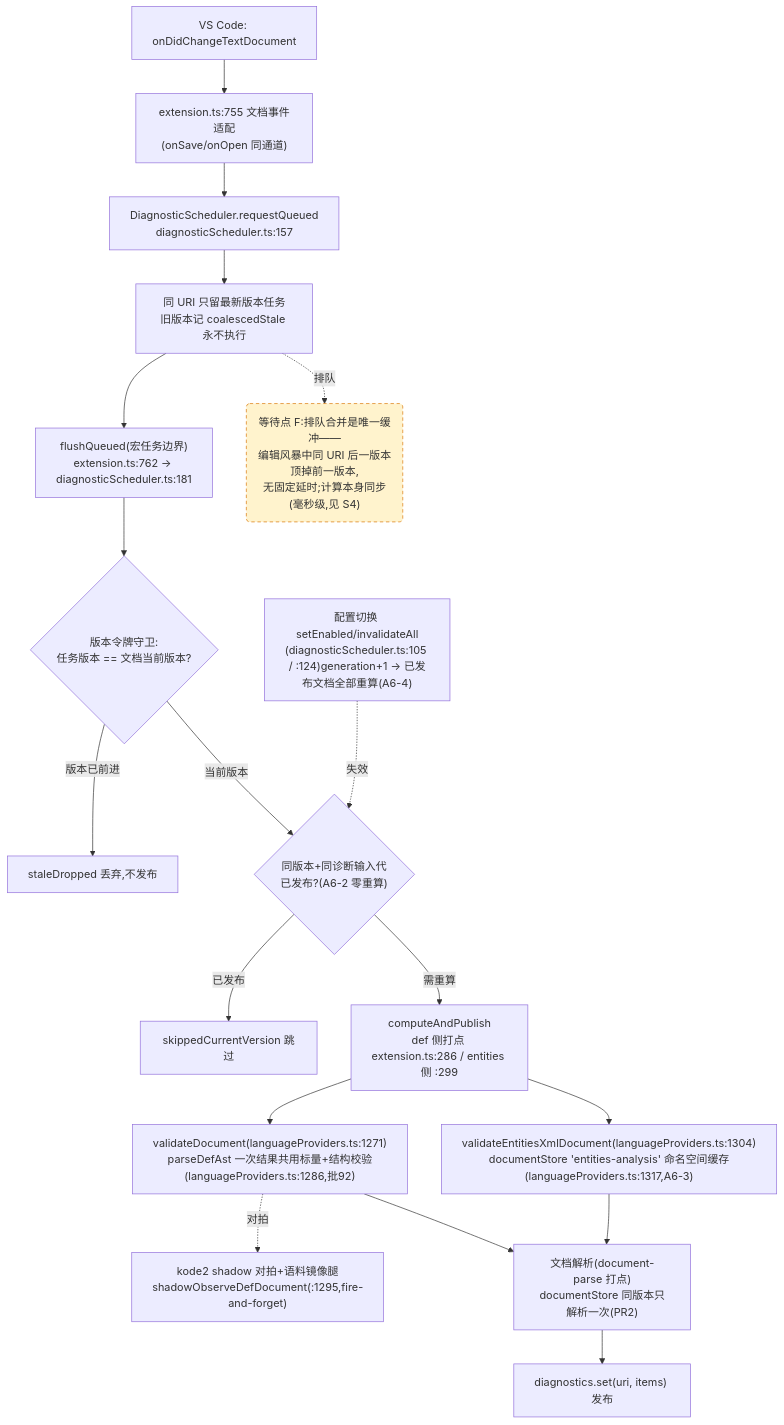
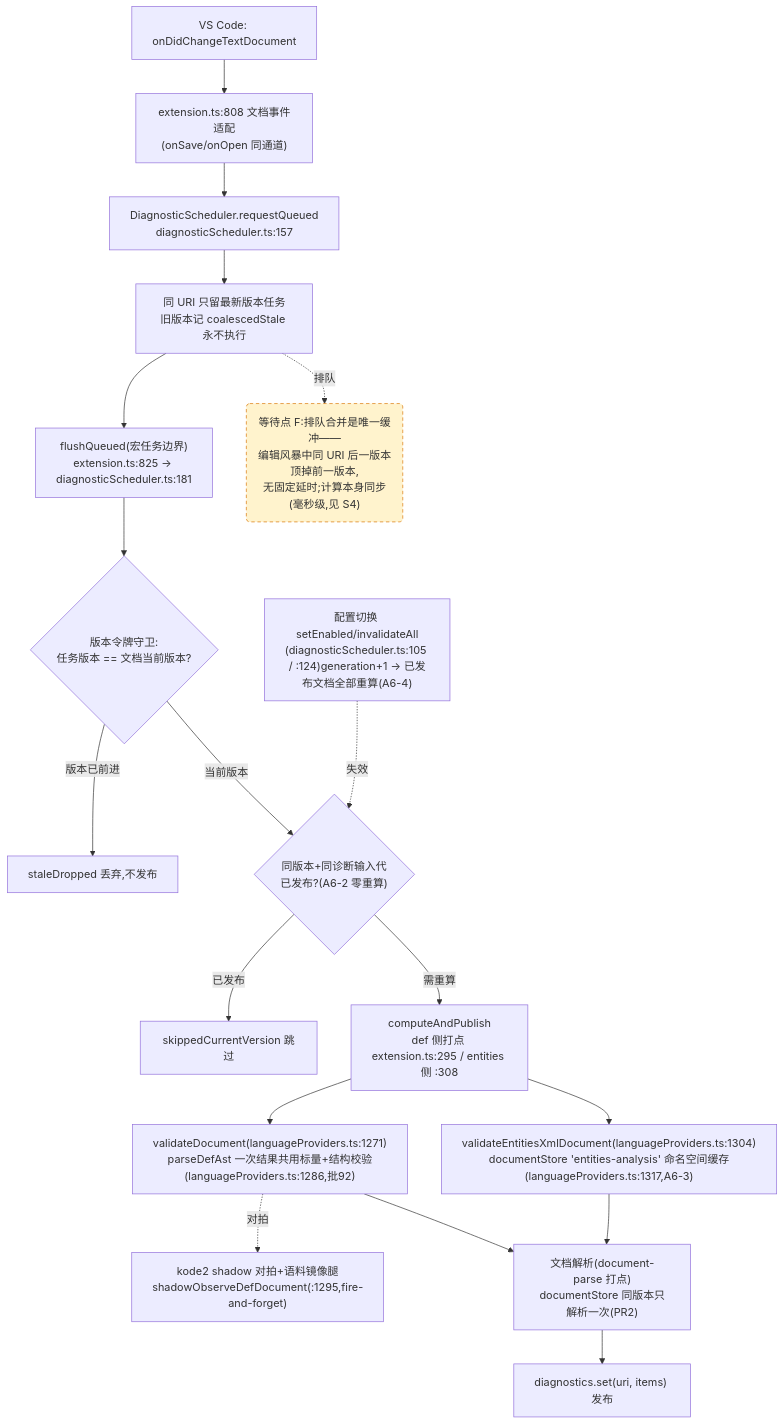
One commit to cuihairu/kode changed the fourth of 4 diagrams in docs/perf/2026-baseline.md. Above: the diagram before and after it, drawn with Mermaid. The commit also changed other lines of this file and 1 other file, not shown here.

````diff
--- a/docs/perf/2026-baseline.md
+++ b/docs/perf/2026-baseline.md
@@ -212,38 +212,38 @@
 ```mermaid
 flowchart TD
   CHG["VS Code: onDidChangeTextDocument"]
-  WATCH["extension.ts:755 文档事件适配<br/>(onSave/onOpen 同通道)"]
+  WATCH["extension.ts:808 文档事件适配<br/>(onSave/onOpen 同通道)"]
   RQ["DiagnosticScheduler.requestQueued<br/>diagnosticScheduler.ts:157"]
   CO["同 URI 只留最新版本任务<br/>旧版本记 coalescedStale 永不执行"]
-  FL["flushQueued(宏任务边界)<br/>extension.ts:762 → diagnosticScheduler.ts:181"]
+  FL["flushQueued(宏任务边界)<br/>extension.ts:825 → diagnosticScheduler.ts:181"]
   VG{"版本令牌守卫:<br/>任务版本 == 文档当前版本?"}
   DROP["staleDropped 丢弃,不发布"]
   GEN{"同版本+同诊断输入代<br/>已发布?(A6-2 零重算)"}
   SKIP["skippedCurrentVersion 跳过"]
-  CALC["computeAndPublish<br/>def 侧打点 extension.ts:286 / entities 侧 :299"]
+  CALC["computeAndPublish<br/>def 侧打点 extension.ts:295 / entities 侧 :308"]
   VD["validateDocument(languageProviders.ts:1271)<br/>parseDefAst 一次结果共用标量+结构校验(languageProviders.ts:1286,批92)"]
   VEX["validateEntitiesXmlDocument(languageProviders.ts:1304)<br/>documentStore 'entities-analysis' 命名空间缓存(languageProviders.ts:1317,A6-3)"]
   SHDD["kode2 shadow 对拍+语料镜像腿<br/>shadowObserveDefDocument(:1295,fire-and-forget)"]
   DS["文档解析(document-parse 打点)<br/>documentStore 同版本只解析一次(PR2)"]
   PUB["diagnostics.set(uri, items) 发布"]
   CFG2["配置切换 setEnabled/invalidateAll<br/>(diagnosticScheduler.ts:105 / :124)generation+1 → 已发布文档全部重算(A6-4)"]
 
   CHG --> WATCH --> RQ --> CO --> FL --> VG
   VG -- "版本已前进" --> DROP
   VG -- "当前版本" --> GEN
   GEN -- "已发布" --> SKIP
   GEN -- "需重算" --> CALC
   CALC --> VD
   CALC --> VEX
   VD --> DS
   VEX --> DS
   DS --> PUB
   VD -.->|对拍| SHDD
   CFG2 -.->|失效| GEN
 
   WAITF("等待点 F:排队合并是唯一缓冲——<br/>编辑风暴中同 URI 后一版本顶掉前一版本,<br/>无固定延时;计算本身同步(毫秒级,见 S4)")
   CO -.->|排队| WAITF
 
   classDef waitPoint fill:#fff3cd,stroke:#d97706,stroke-dasharray:5 4;
   class WAITF waitPoint;
 ```
````
